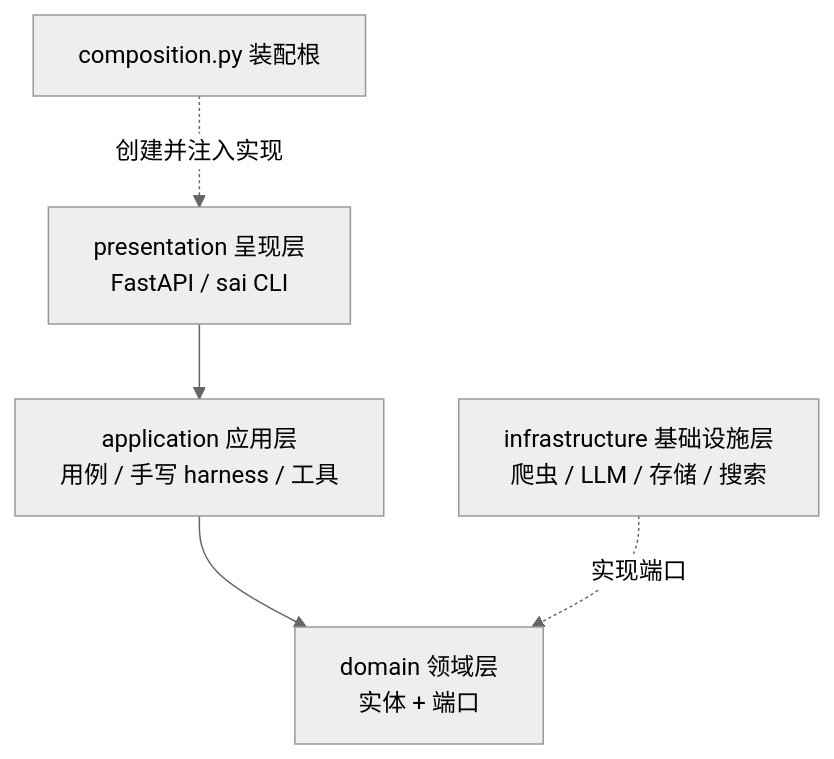
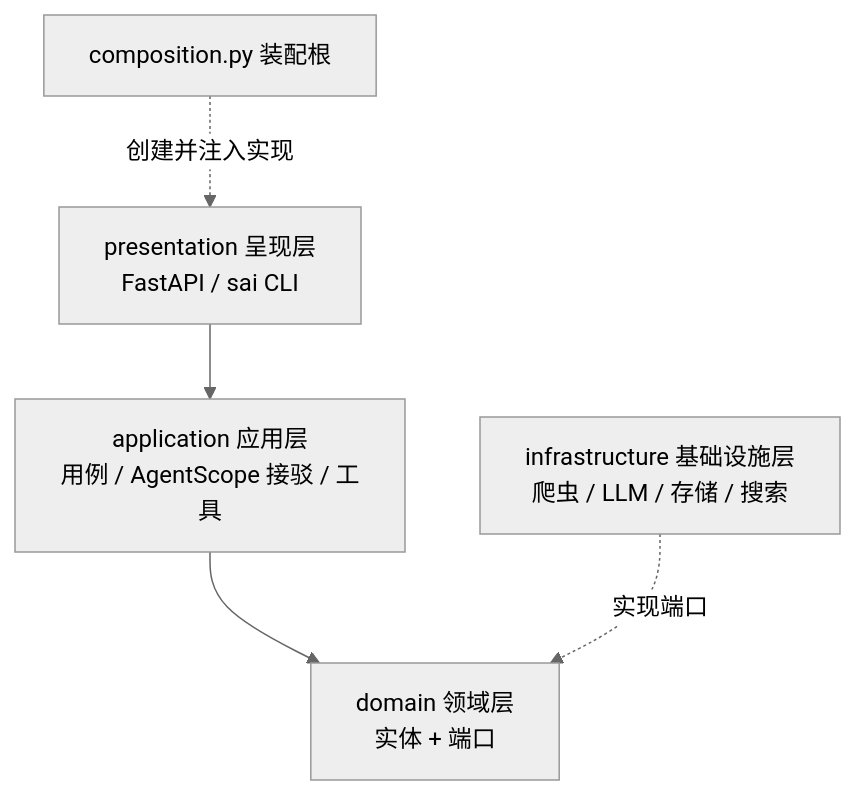
Before and after one commit to Baicaicn23/contest-agent: the first of 2 diagrams in README.md, drawn with Mermaid (neutral theme). The commit also changed other lines of this file and 16 other files, not shown here.

First line of the commit message:
feat!: Agent 循环迁移至 AgentScope 2.0.8（ADR-002）

````diff
--- a/README.md
+++ b/README.md
@@ -72,7 +72,7 @@
 ```mermaid
 flowchart TD
-    P[presentation 呈现层<br/>FastAPI / sai CLI] --> A[application 应用层<br/>用例 / 手写 harness / 工具]
+    P[presentation 呈现层<br/>FastAPI / sai CLI] --> A[application 应用层<br/>用例 / AgentScope 接驳 / 工具]
     A --> D[domain 领域层<br/>实体 + 端口]
     I[infrastructure 基础设施层<br/>爬虫 / LLM / 存储 / 搜索] -. 实现端口 .-> D
     C[composition.py 装配根] -. 创建并注入实现 .-> P
 ```
````
